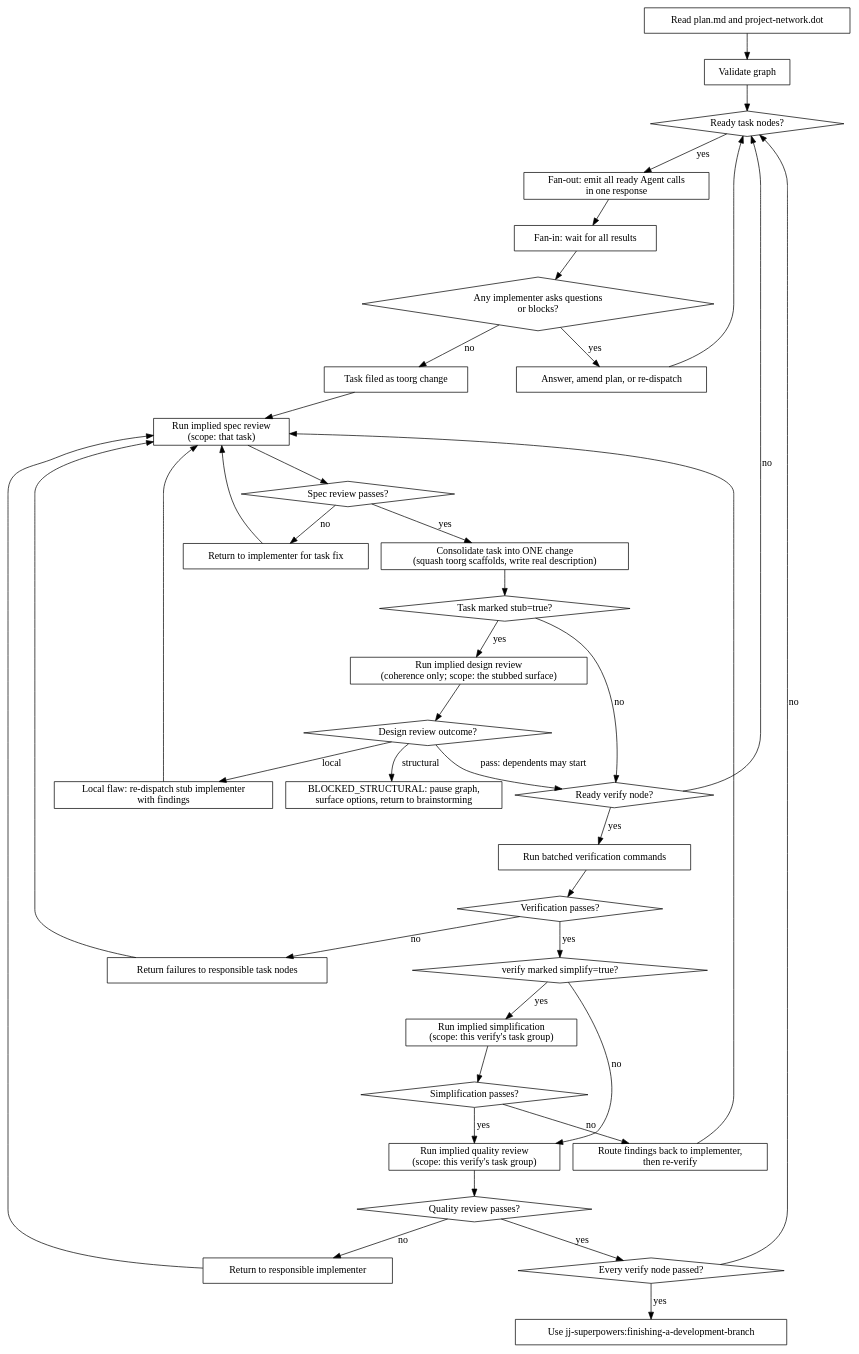
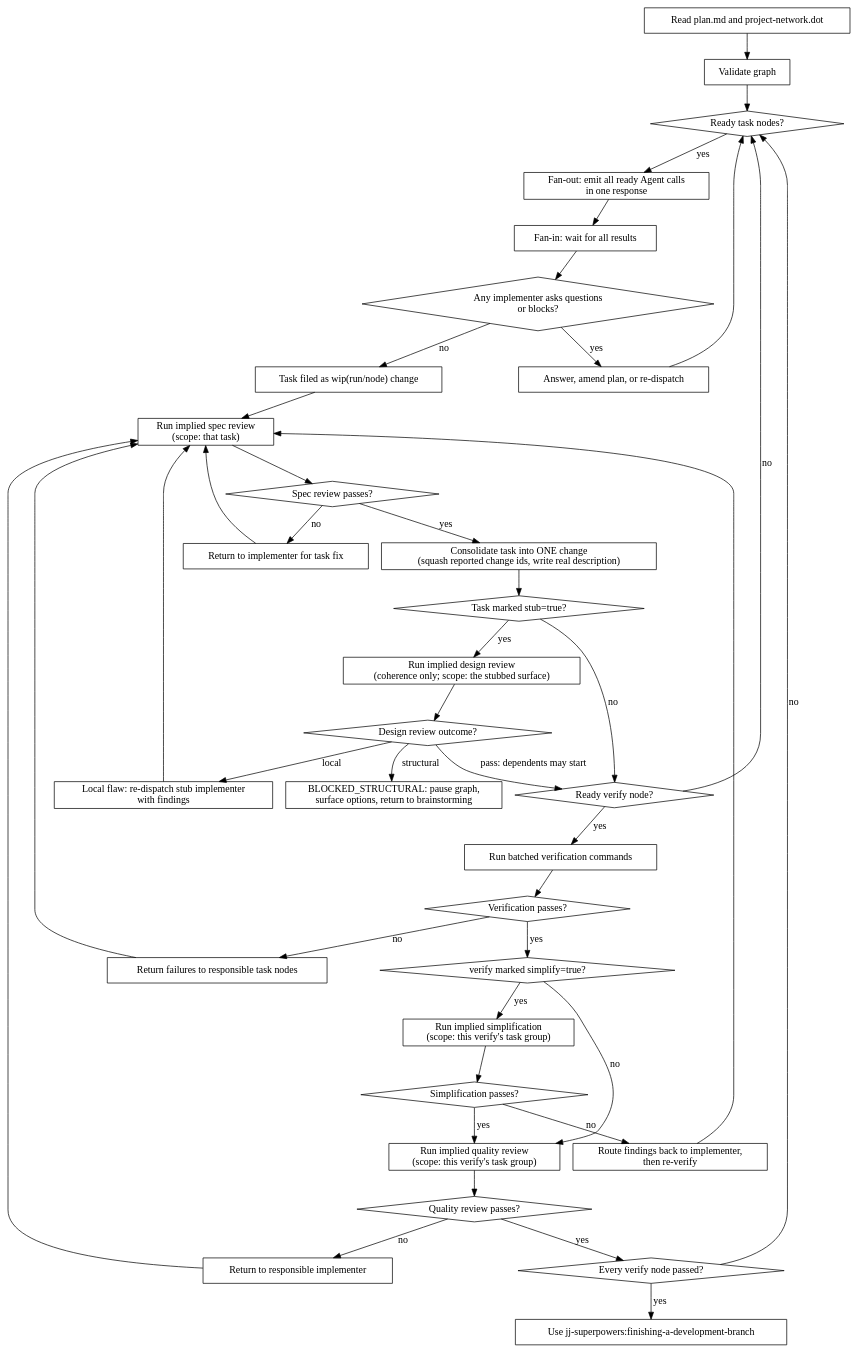
One commit to nickguletskii/jj-superpowers changed the second of 2 diagrams in skills/subagent-driven-development/SKILL.md. Above: the diagram before and after it, drawn with Graphviz. The commit also changed other lines of this file and 55 other files, not shown here.

Commit message:
feat(jujutsu): serialize agent jj mutations and namespace scaffolds per run

````diff
--- a/skills/subagent-driven-development/SKILL.md
+++ b/skills/subagent-driven-development/SKILL.md
@@ -64,73 +64,73 @@
 ```dot
 digraph process {
     rankdir=TB;
 
     read        [shape=box, label="Read plan.md and project-network.dot"];
     validate    [shape=box, label="Validate graph"];
     ready_task  [shape=diamond, label="Ready task nodes?"];
     fanout      [shape=box, label="Fan-out: emit all ready Agent calls\nin one response"];
     fanin       [shape=box, label="Fan-in: wait for all results"];
     asks        [shape=diamond, label="Any implementer asks questions\nor blocks?"];
     answer      [shape=box, label="Answer, amend plan, or re-dispatch"];
-    filed       [shape=box, label="Task filed as toorg change"];
+    filed       [shape=box, label="Task filed as wip(run/node) change"];
     spec        [shape=box, label="Run implied spec review\n(scope: that task)"];
     spec_ok     [shape=diamond, label="Spec review passes?"];
     task_fix    [shape=box, label="Return to implementer for task fix"];
-    consolidate [shape=box, label="Consolidate task into ONE change\n(squash toorg scaffolds, write real description)"];
+    consolidate [shape=box, label="Consolidate task into ONE change\n(squash reported change ids, write real description)"];
     is_stub     [shape=diamond, label="Task marked stub=true?"];
     design      [shape=box, label="Run implied design review\n(coherence only; scope: the stubbed surface)"];
     design_out  [shape=diamond, label="Design review outcome?"];
     design_loc  [shape=box, label="Local flaw: re-dispatch stub implementer\nwith findings"];
     structural  [shape=box, label="BLOCKED_STRUCTURAL: pause graph,\nsurface options, return to brainstorming"];
     ready_ver   [shape=diamond, label="Ready verify node?"];
     run_ver     [shape=box, label="Run batched verification commands"];
     ver_ok      [shape=diamond, label="Verification passes?"];
     ver_fail    [shape=box, label="Return failures to responsible task nodes"];
     is_simp     [shape=diamond, label="verify marked simplify=true?"];
     simp        [shape=box, label="Run implied simplification\n(scope: this verify's task group)"];
     simp_ok     [shape=diamond, label="Simplification passes?"];
     simp_fail   [shape=box, label="Route findings back to implementer,\nthen re-verify"];
     quality     [shape=box, label="Run implied quality review\n(scope: this verify's task group)"];
     qual_ok     [shape=diamond, label="Quality review passes?"];
     qual_fail   [shape=box, label="Return to responsible implementer"];
     all_ver     [shape=diamond, label="Every verify node passed?"];
     finish      [shape=box, label="Use jj-superpowers:finishing-a-development-branch"];
 
     read -> validate -> ready_task;
     ready_task -> fanout [label="yes"];
     fanout -> fanin -> asks;
     asks -> answer [label="yes"];
     answer -> ready_task;
     asks -> filed [label="no"];
     filed -> spec -> spec_ok;
     spec_ok -> task_fix [label="no"];
     task_fix -> spec;
     spec_ok -> consolidate [label="yes"];
     consolidate -> is_stub;
     is_stub -> design [label="yes"];
     is_stub -> ready_ver [label="no"];
     design -> design_out;
     design_out -> design_loc [label="local"];
     design_loc -> spec;
     design_out -> structural [label="structural"];
     design_out -> ready_ver [label="pass: dependents may start"];
     ready_ver -> run_ver [label="yes"];
     ready_ver -> ready_task [label="no"];
     run_ver -> ver_ok;
     ver_ok -> ver_fail [label="no"];
     ver_fail -> spec;
     ver_ok -> is_simp [label="yes"];
     is_simp -> simp [label="yes"];
     is_simp -> quality [label="no"];
     simp -> simp_ok;
     simp_ok -> simp_fail [label="no"];
     simp_fail -> spec;
     simp_ok -> quality [label="yes"];
     quality -> qual_ok;
     qual_ok -> qual_fail [label="no"];
     qual_fail -> spec;
     qual_ok -> all_ver [label="yes"];
     all_ver -> ready_task [label="no"];
     all_ver -> finish [label="yes"];
 }
 ```
````
